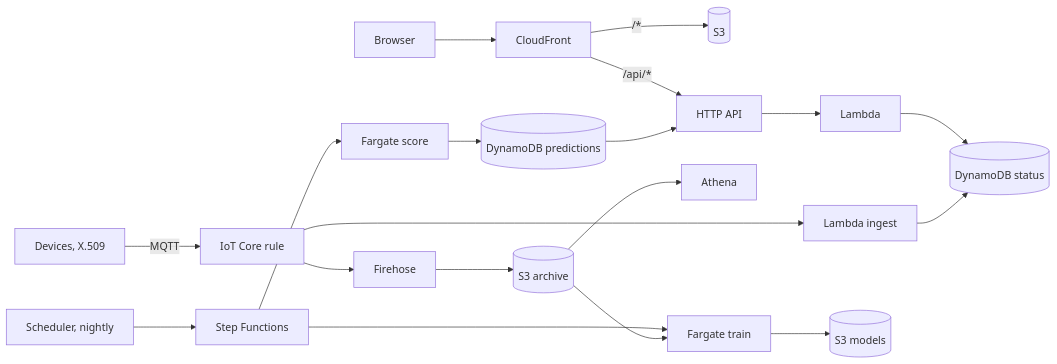
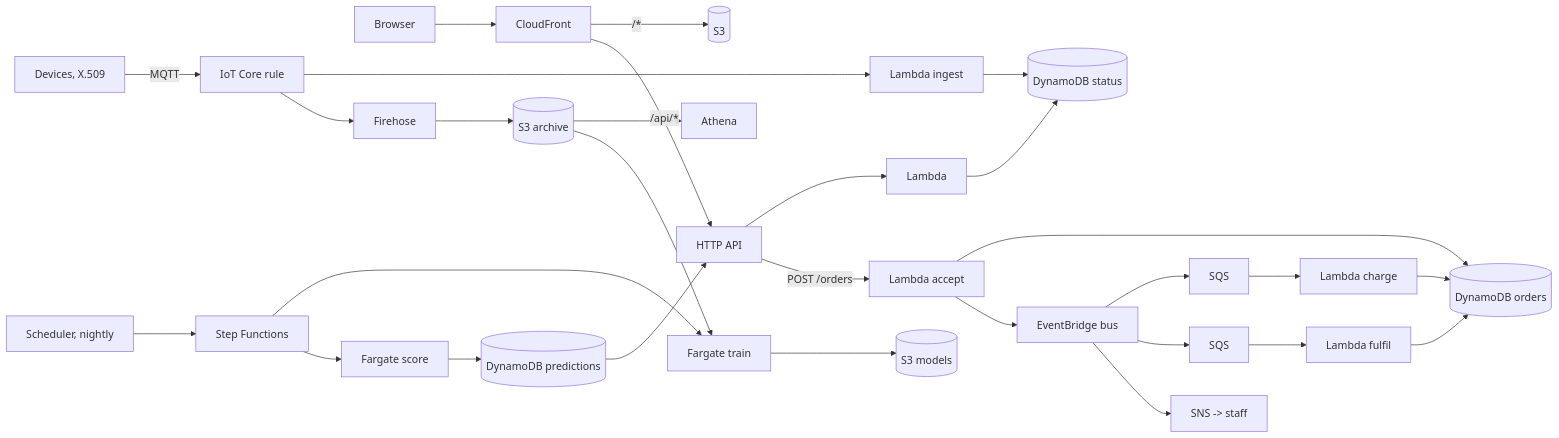
One commit to Mariam-zeqred/aws-architecture-by-example changed the diagram in README.md. Above: the diagram before and after it, drawn with Mermaid. The commit also changed other lines of this file and 3 other files, not shown here.

````diff
--- a/README.md
+++ b/README.md
@@ -5,11 +5,15 @@
 ```mermaid
 flowchart LR
     B[Browser] --> CF[CloudFront]
     CF -->|"/*"| S3[(S3)]
     CF -->|"/api/*"| API[HTTP API] --> L[Lambda] --> T[(DynamoDB status)]
     D[Devices, X.509] -->|MQTT| IOT[IoT Core rule] --> I[Lambda ingest] --> T
     IOT --> FH[Firehose] --> AR[(S3 archive)] --> AT[Athena]
     SCH[Scheduler, nightly] --> SF[Step Functions] --> TR[Fargate train] --> M[(S3 models)]
     AR --> TR
     SF --> SC[Fargate score] --> P[(DynamoDB predictions)] --> API
+    API -->|POST /orders| AC[Lambda accept] --> O[(DynamoDB orders)]
+    AC --> EB[EventBridge bus] --> Q1[SQS] --> CH[Lambda charge] --> O
+    EB --> Q2[SQS] --> FU[Lambda fulfil] --> O
+    EB --> SNS[SNS -> staff]
 ```
````
